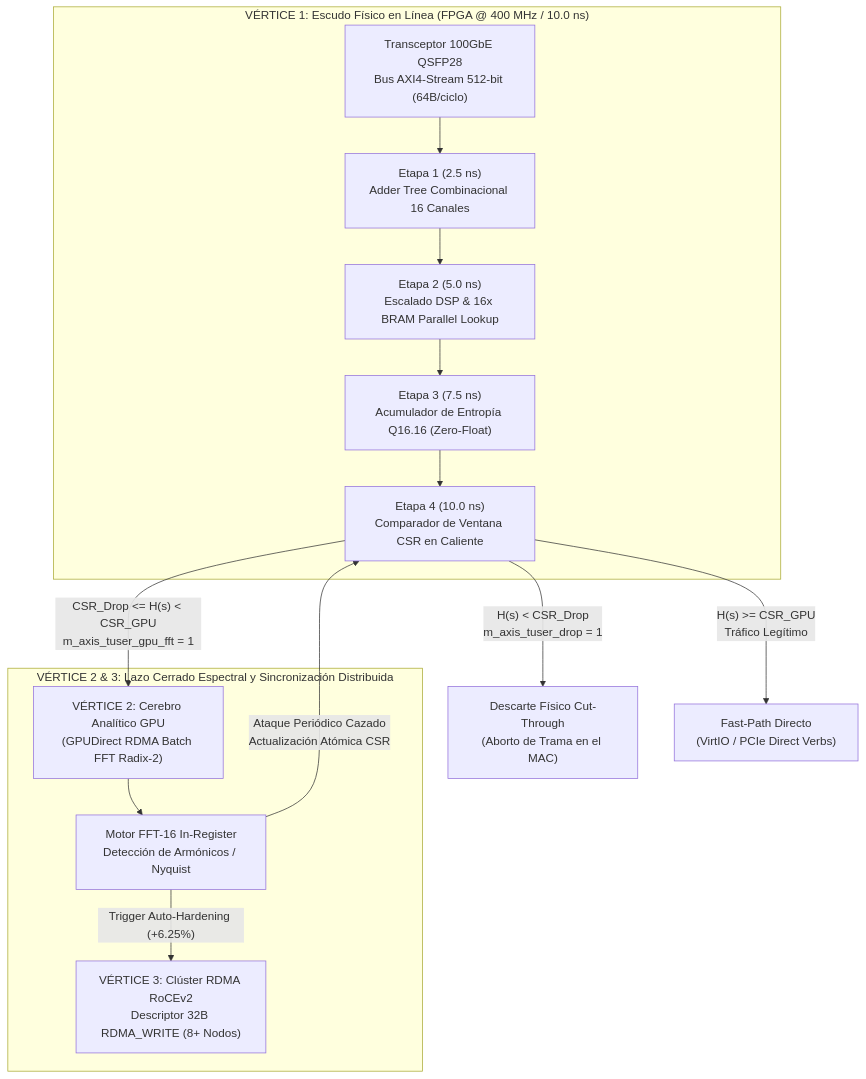
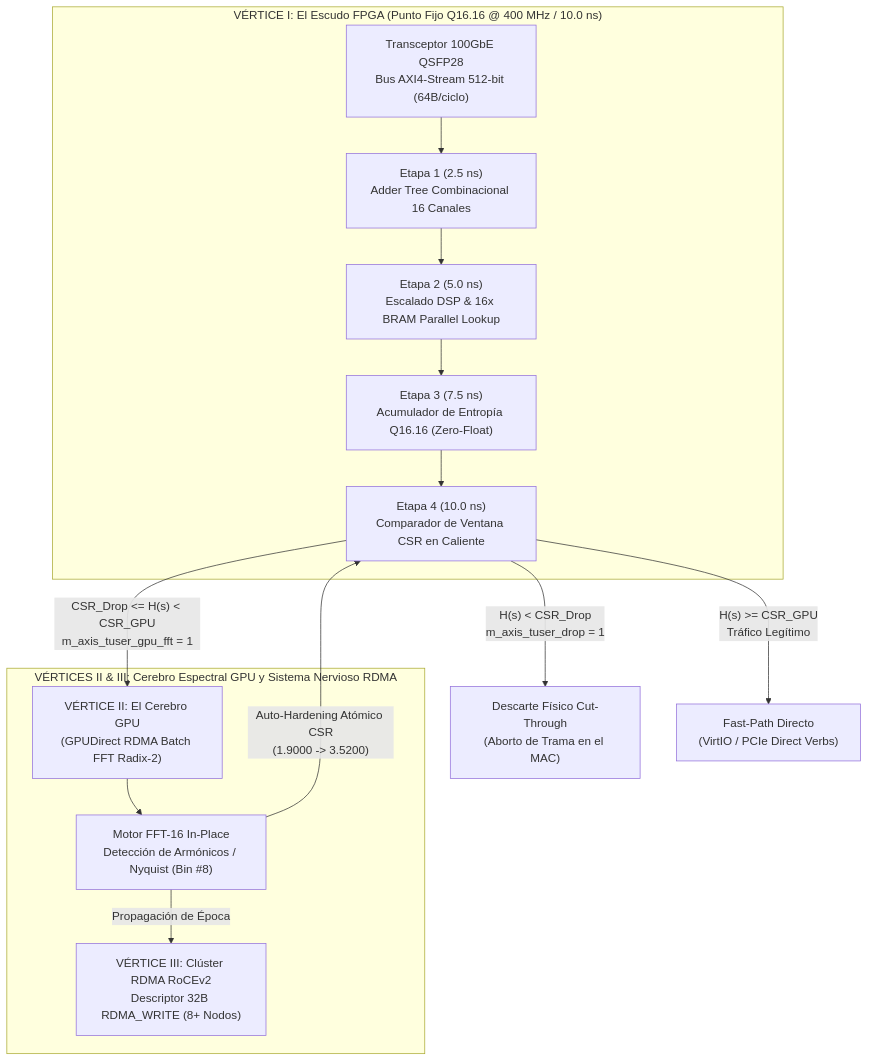
The diagram in docs/trident_hardware_architecture.md (mmrobeerto-ops/aether-core), drawn with Mermaid before and after one commit. The commit also changed other lines of this file, not shown here.

````diff
--- a/docs/trident_hardware_architecture.md
+++ b/docs/trident_hardware_architecture.md
@@ -16,19 +13,19 @@
 ```mermaid
 flowchart TB
-    subgraph L1["VÉRTICE 1: Escudo Físico en Línea (FPGA @ 400 MHz / 10.0 ns)"]
+    subgraph L1["VÉRTICE I: El Escudo FPGA (Punto Fijo Q16.16 @ 400 MHz / 10.0 ns)"]
         MAC_RX["Transceptor 100GbE QSFP28\nBus AXI4-Stream 512-bit (64B/ciclo)"] --> ST1["Etapa 1 (2.5 ns)\nAdder Tree Combinacional 16 Canales"]
         ST1 --> ST2["Etapa 2 (5.0 ns)\nEscalado DSP & 16x BRAM Parallel Lookup"]
         ST2 --> ST3["Etapa 3 (7.5 ns)\nAcumulador de Entropía Q16.16 (Zero-Float)"]
         ST3 --> ST4["Etapa 4 (10.0 ns)\nComparador de Ventana CSR en Caliente"]
     end
 
     ST4 -- "H(s) < CSR_Drop\nm_axis_tuser_drop = 1" --> DROP["Descarte Físico Cut-Through\n(Aborto de Trama en el MAC)"]
     ST4 -- "H(s) >= CSR_GPU\nTráfico Legítimo" --> HOST["Fast-Path Directo\n(VirtIO / PCIe Direct Verbs)"]
-    ST4 -- "CSR_Drop <= H(s) < CSR_GPU\nm_axis_tuser_gpu_fft = 1" --> GPUDIRECT["VÉRTICE 2: Cerebro Analítico GPU\n(GPUDirect RDMA Batch FFT Radix-2)"]
+    ST4 -- "CSR_Drop <= H(s) < CSR_GPU\nm_axis_tuser_gpu_fft = 1" --> GPUDIRECT["VÉRTICE II: El Cerebro GPU\n(GPUDirect RDMA Batch FFT Radix-2)"]
 
-    subgraph L2["VÉRTICE 2 & 3: Lazo Cerrado Espectral y Sincronización Distribuida"]
-        GPUDIRECT --> FFT["Motor FFT-16 In-Register\nDetección de Armónicos / Nyquist"]
-        FFT -- "Ataque Periódico Cazado\nActualización Atómica CSR" --> ST4
-        FFT -- "Trigger Auto-Hardening (+6.25%)" --> RDMA["VÉRTICE 3: Clúster RDMA RoCEv2\nDescriptor 32B RDMA_WRITE (8+ Nodos)"]
+    subgraph L2["VÉRTICES II & III: Cerebro Espectral GPU y Sistema Nervioso RDMA"]
+        GPUDIRECT --> FFT["Motor FFT-16 In-Place\nDetección de Armónicos / Nyquist (Bin #8)"]
+        FFT -- "Auto-Hardening Atómico CSR\n(1.9000 -> 3.5200)" --> ST4
+        FFT -- "Propagación de Época" --> RDMA["VÉRTICE III: Clúster RDMA RoCEv2\nDescriptor 32B RDMA_WRITE (8+ Nodos)"]
     end
 ```
````
